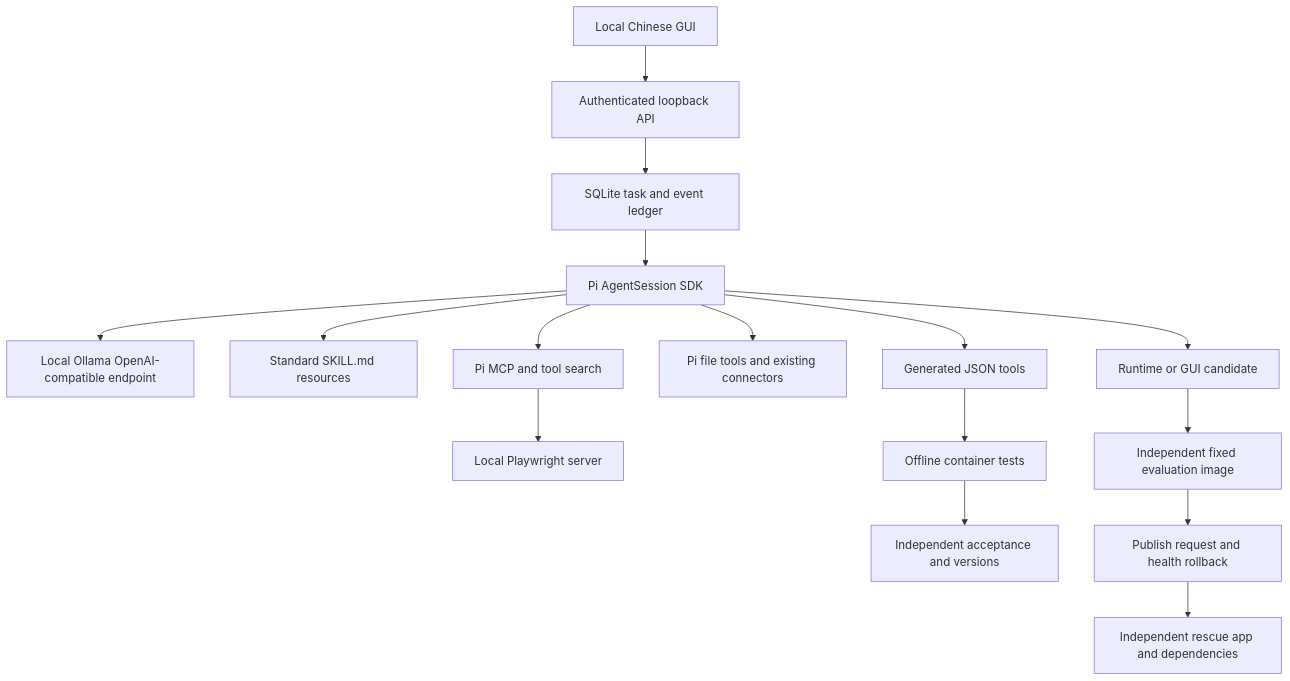
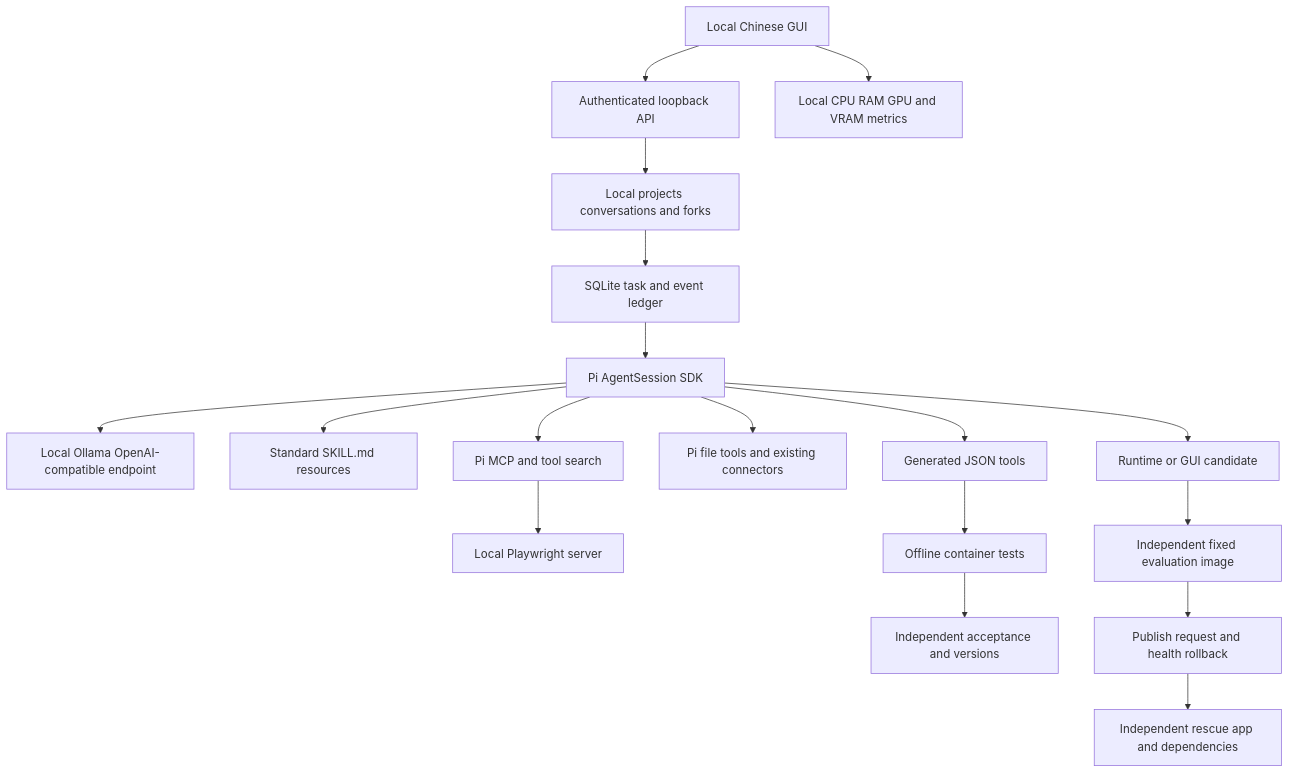
Before and after one commit to austinchennn/alien: the diagram in docs/architecture.md, drawn with Mermaid. The commit also changed other lines of this file and 14 other files, not shown here.

Commit message:
feat: add local chat projects forks and load metrics

````diff
--- a/docs/architecture.md
+++ b/docs/architecture.md
@@ -3,18 +3,20 @@
 ```mermaid
 flowchart TD
   UI[Local Chinese GUI] --> API[Authenticated loopback API]
-  API --> Queue[SQLite task and event ledger]
+  API --> Chats[Local projects conversations and forks]
+  Chats --> Queue[SQLite task and event ledger]
+  UI --> Metrics[Local CPU RAM GPU and VRAM metrics]
   Queue --> Pi[Pi AgentSession SDK]
   Pi --> Model[Local Ollama OpenAI-compatible endpoint]
   Pi --> Skills[Standard SKILL.md resources]
   Pi --> MCP[Pi MCP and tool search]
   MCP --> Browser[Local Playwright server]
   Pi --> Tools[Pi file tools and existing connectors]
   Pi --> Candidate[Generated JSON tools]
   Candidate --> Sandbox[Offline container tests]
   Sandbox --> Registry[Independent acceptance and versions]
   Pi --> Patch[Runtime or GUI candidate]
   Patch --> Evaluator[Independent fixed evaluation image]
   Evaluator --> Supervisor[Publish request and health rollback]
   Supervisor --> Rescue[Independent rescue app and dependencies]
 ```
````
